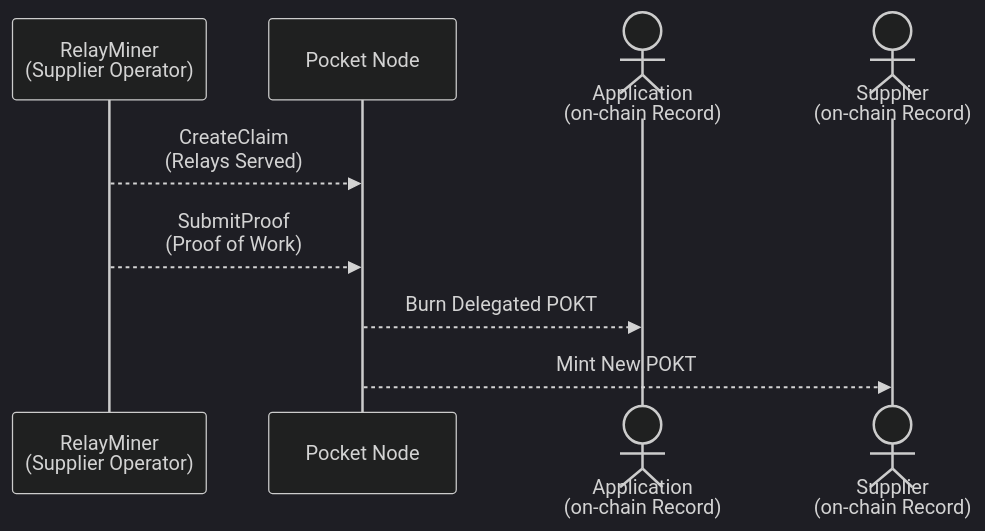
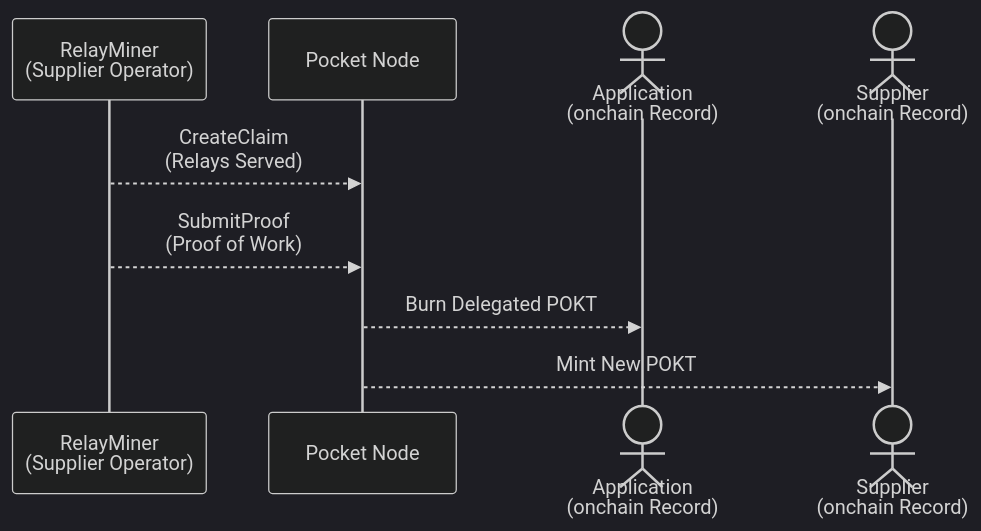
One commit to pokt-network/poktroll changed the second of 2 diagrams in docusaurus/docs/develop/developer_guide/quickstart.md. Above: the diagram before and after it, drawn with Mermaid (dark theme). The commit also changed other lines of this file and 152 other files, not shown here.

````diff
--- a/docusaurus/docs/develop/developer_guide/quickstart.md
+++ b/docusaurus/docs/develop/developer_guide/quickstart.md
@@ -599,12 +599,12 @@
 ```mermaid
 sequenceDiagram
   participant RM as RelayMiner <br> (Supplier Operator)
   participant P as Pocket Node
-  actor A as Application <br> (on-chain Record)
-  actor S as Supplier <br> (on-chain Record)
+  actor A as Application <br> (onchain Record)
+  actor S as Supplier <br> (onchain Record)
 
   RM -->> P: CreateClaim <br> (Relays Served)
   RM -->> P: SubmitProof <br> (Proof of Work)
   P -->> A: Burn Delegated POKT
   P -->> S: Mint New POKT
 ```
````
